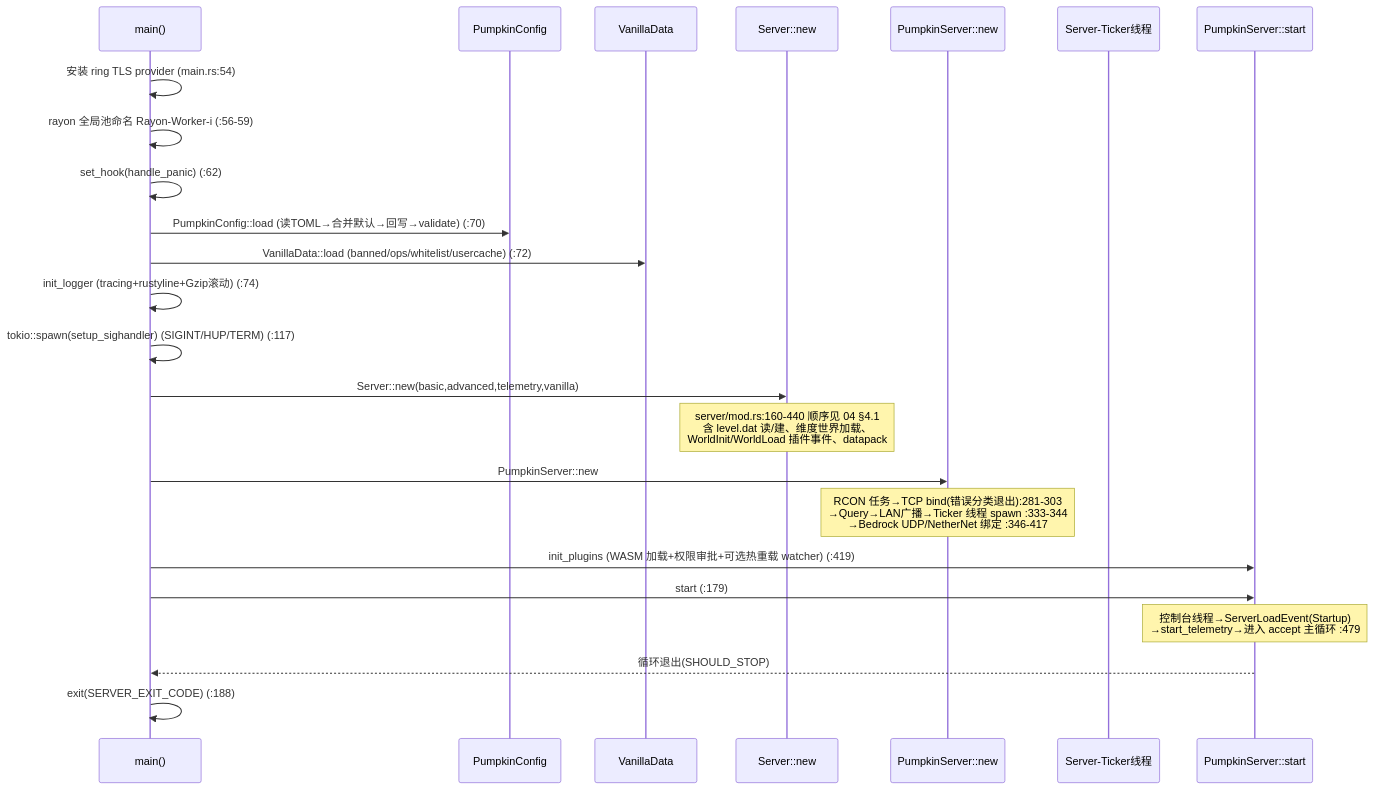
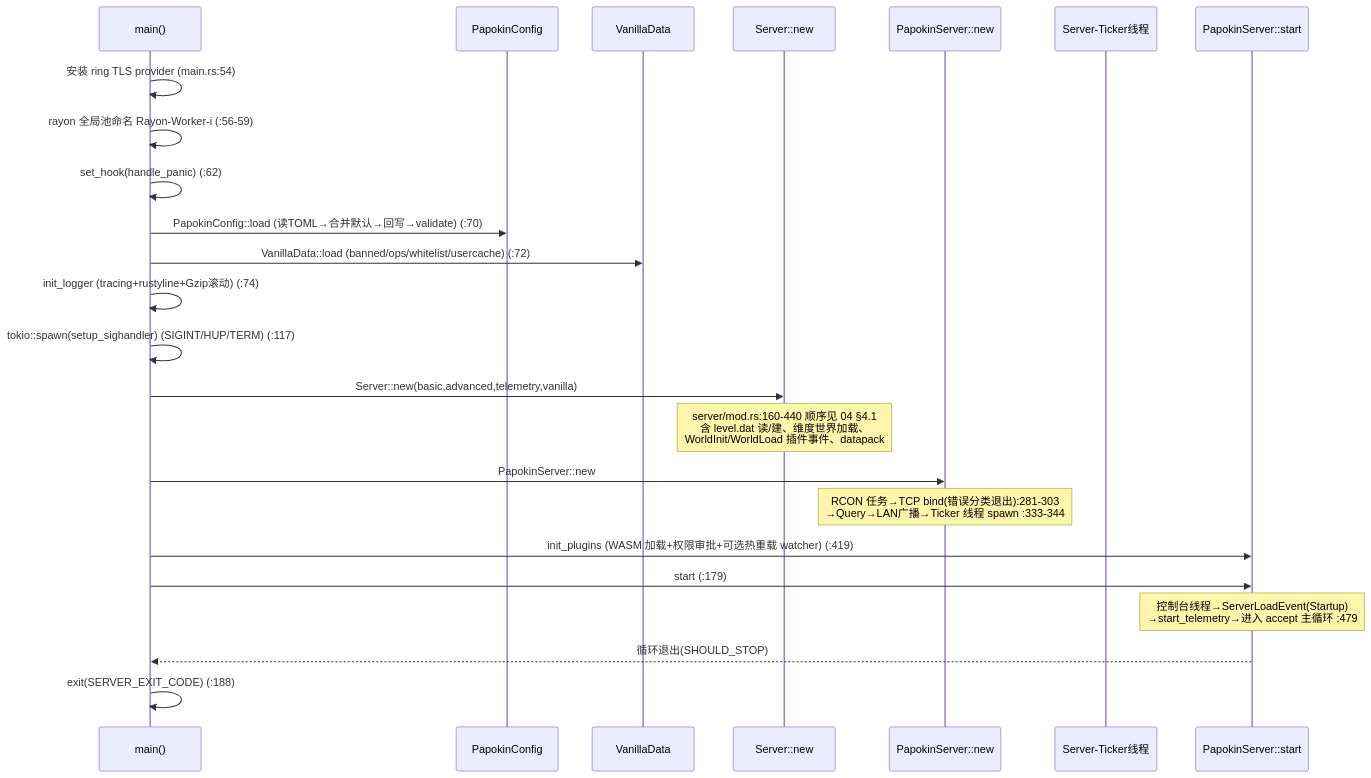
Before and after one commit to Quotidietium/Papokin: the first of 5 diagrams in note/06-控制流.md, drawn with Mermaid. The commit also changed other lines of this file and 2 other files, not shown here.

````diff
--- a/note/06-控制流.md
+++ b/note/06-控制流.md
@@ -7,27 +7,27 @@
 ```mermaid
 sequenceDiagram
     participant M as main()
-    participant Cfg as PumpkinConfig
+    participant Cfg as PapokinConfig
     participant VD as VanillaData
     participant S as Server::new
-    participant PS as PumpkinServer::new
+    participant PS as PapokinServer::new
     participant T as Server-Ticker线程
-    participant L as PumpkinServer::start
+    participant L as PapokinServer::start
 
     M->>M: 安装 ring TLS provider (main.rs:54)
     M->>M: rayon 全局池命名 Rayon-Worker-i (:56-59)
     M->>M: set_hook(handle_panic) (:62)
-    M->>Cfg: PumpkinConfig::load (读TOML→合并默认→回写→validate) (:70)
+    M->>Cfg: PapokinConfig::load (读TOML→合并默认→回写→validate) (:70)
     M->>VD: VanillaData::load (banned/ops/whitelist/usercache) (:72)
     M->>M: init_logger (tracing+rustyline+Gzip滚动) (:74)
     M->>M: tokio::spawn(setup_sighandler) (SIGINT/HUP/TERM) (:117)
     M->>S: Server::new(basic,advanced,telemetry,vanilla)
     Note over S: server/mod.rs:160-440 顺序见 04 §4.1<br/>含 level.dat 读/建、维度世界加载、<br/>WorldInit/WorldLoad 插件事件、datapack #minecraft:load
-    M->>PS: PumpkinServer::new
-    Note over PS: RCON 任务→TCP bind(错误分类退出):281-303<br/>→Query→LAN广播→Ticker 线程 spawn :333-344<br/>→Bedrock UDP/NetherNet 绑定 :346-417
+    M->>PS: PapokinServer::new
+    Note over PS: RCON 任务→TCP bind(错误分类退出):281-303<br/>→Query→LAN广播→Ticker 线程 spawn :333-344
     M->>L: init_plugins (WASM 加载+权限审批+可选热重载 watcher) (:419)
     M->>L: start (:179)
     Note over L: 控制台线程→ServerLoadEvent(Startup)<br/>→start_telemetry→进入 accept 主循环 :479
     L-->>M: 循环退出(SHOULD_STOP)
     M->>M: exit(SERVER_EXIT_CODE) (:188)
 ```
````
